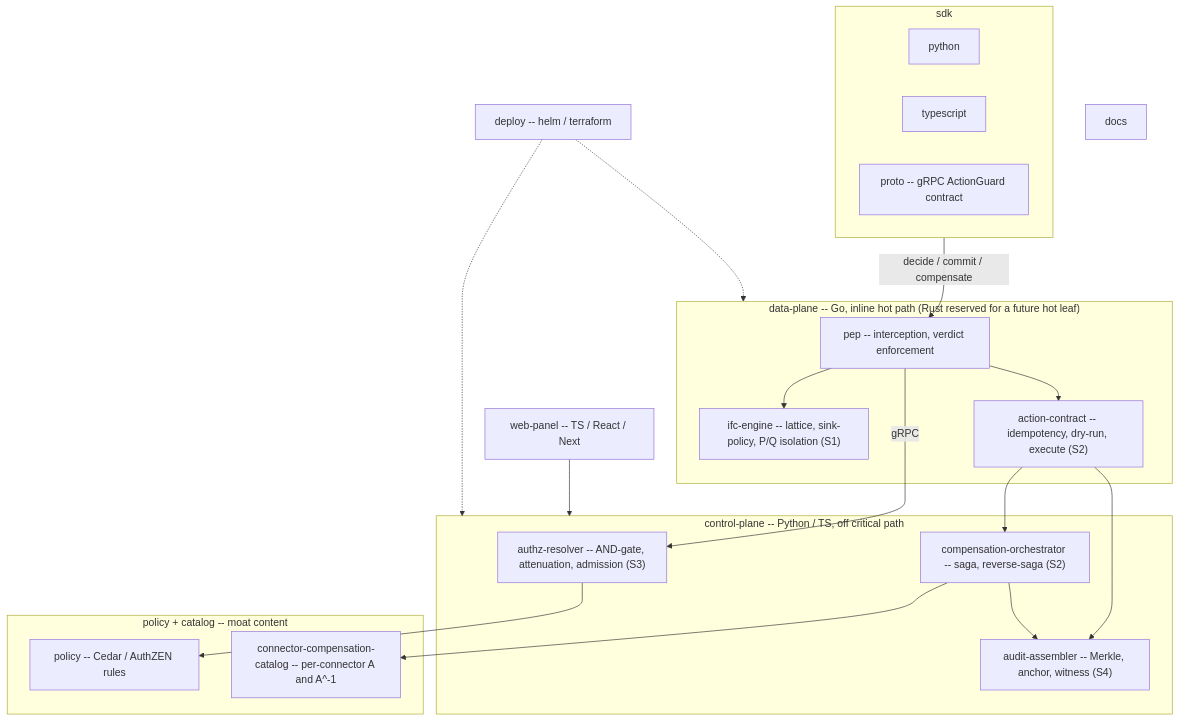
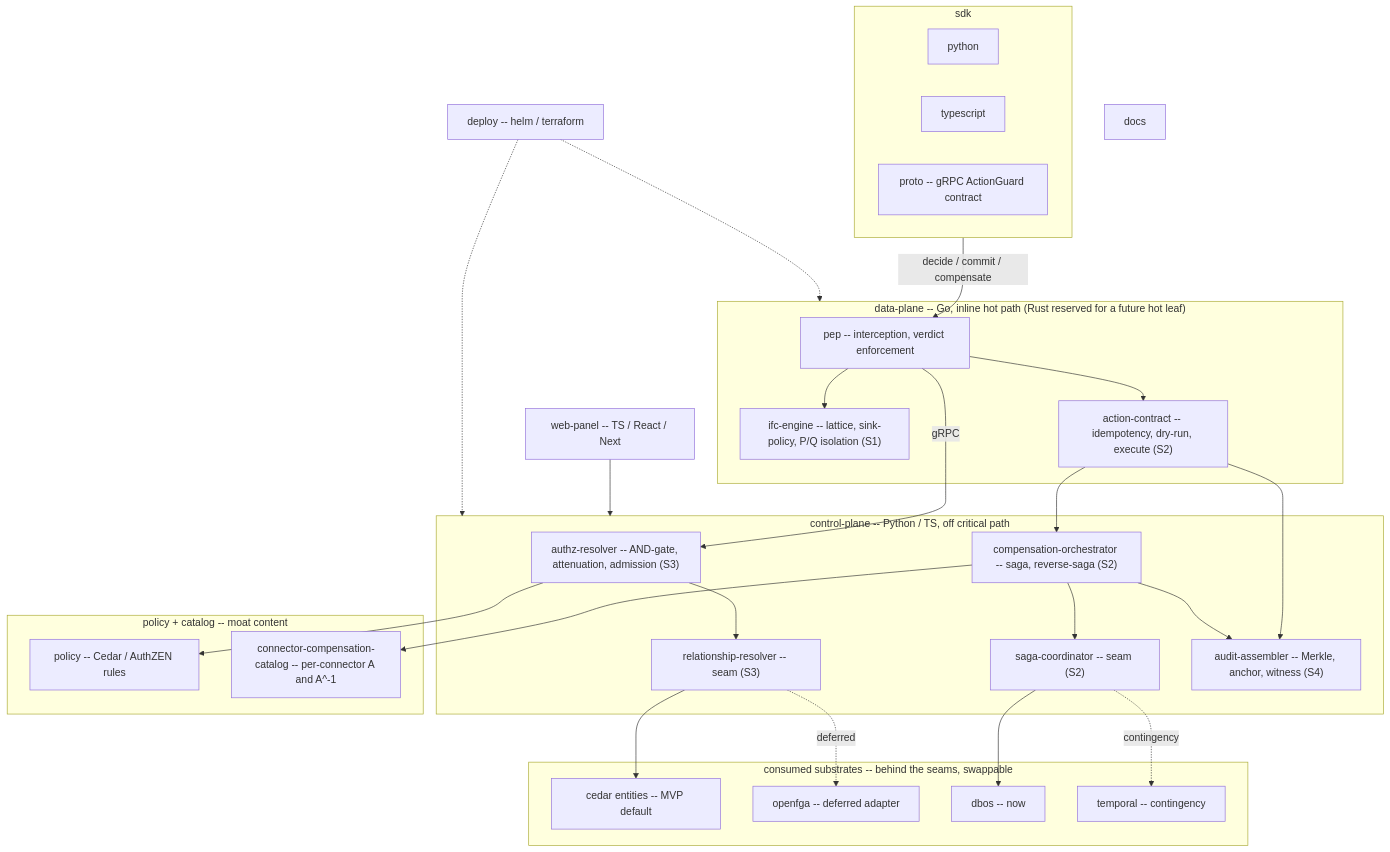
Before and after one commit to HodeTech/provna: the diagram in docs/project-structure.md, drawn with Mermaid. The commit also changed other lines of this file and 29 other files, not shown here.

````diff
--- a/docs/project-structure.md
+++ b/docs/project-structure.md
@@ -13,38 +13,52 @@
 ```mermaid
 flowchart TB
   subgraph DP["data-plane -- Go, inline hot path (Rust reserved for a future hot leaf)"]
     PEP["pep -- interception, verdict enforcement"]
     IFC["ifc-engine -- lattice, sink-policy, P/Q isolation (S1)"]
     AC["action-contract -- idempotency, dry-run, execute (S2)"]
   end
   subgraph CP["control-plane -- Python / TS, off critical path"]
     RES["authz-resolver -- AND-gate, attenuation, admission (S3)"]
+    RELSEAM["relationship-resolver -- seam (S3)"]
     ORCH["compensation-orchestrator -- saga, reverse-saga (S2)"]
+    SAGASEAM["saga-coordinator -- seam (S2)"]
     ASM["audit-assembler -- Merkle, anchor, witness (S4)"]
+  end
+  subgraph SUB["consumed substrates -- behind the seams, swappable"]
+    CEDAR["cedar entities -- MVP default"]
+    OPENFGA["openfga -- deferred adapter"]
+    DBOS["dbos -- now"]
+    TEMPORAL["temporal -- contingency"]
   end
   subgraph SDK["sdk"]
     PY["python"]
     TS["typescript"]
     PROTO["proto -- gRPC ActionGuard contract"]
   end
   PANEL["web-panel -- TS / React / Next"]
   subgraph CAT["policy + catalog -- moat content"]
     POL["policy -- Cedar / AuthZEN rules"]
     CONN["connector-compensation-catalog -- per-connector A and A^-1"]
   end
   DEPLOY["deploy -- helm / terraform"]
   DOCS["docs"]
 
   SDK -->|decide / commit / compensate| PEP
   PEP --> IFC
   PEP --> AC
   PEP -->|gRPC| RES
+  RES --> RELSEAM
+  RELSEAM --> CEDAR
+  RELSEAM -.->|deferred| OPENFGA
   AC --> ORCH
+  ORCH --> SAGASEAM
+  SAGASEAM --> DBOS
+  SAGASEAM -.->|contingency| TEMPORAL
   ORCH --> CONN
   RES --> POL
   AC --> ASM
   ORCH --> ASM
   PANEL --> CP
   DEPLOY -.-> DP
   DEPLOY -.-> CP
 ```
````
